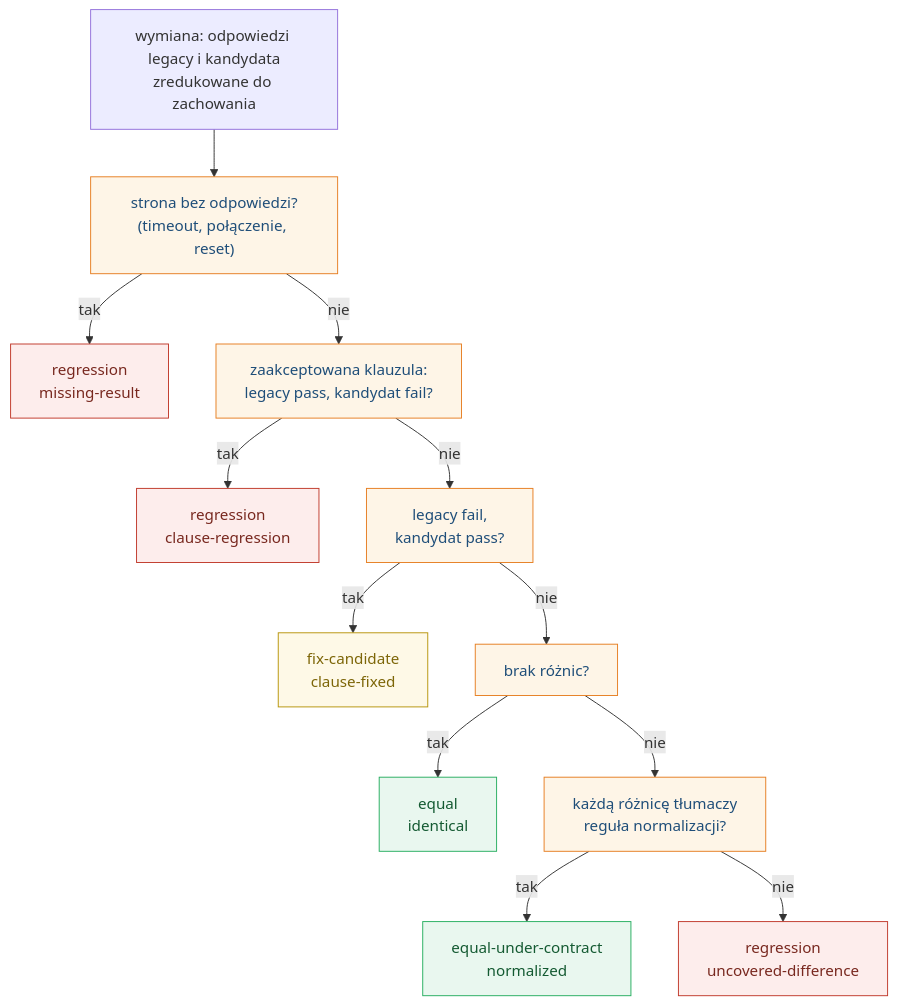
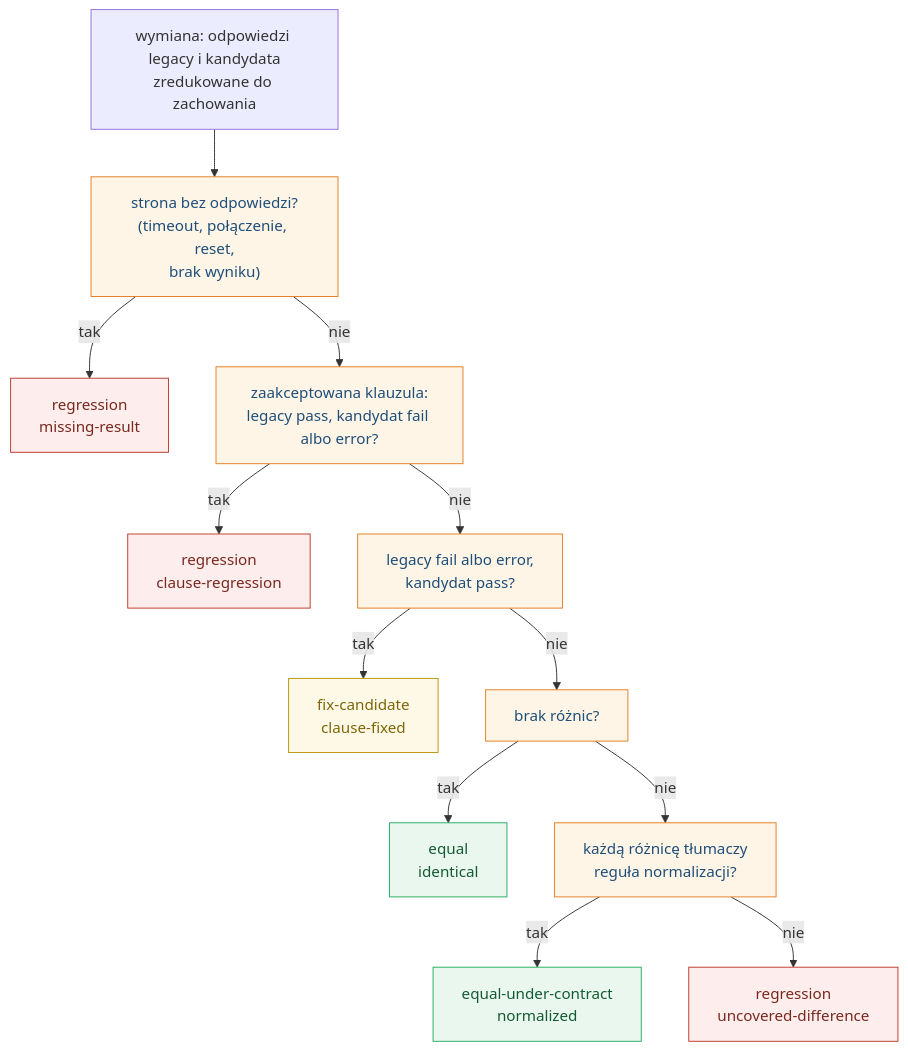
The diagram in docs/diagrams/a5-klasy-werdyktu.mmd (konradcinkusz/letsgolegacy.secondkey), drawn with Mermaid before and after one commit. The commit also changed 26 other files, not shown here.

```diff
--- a/docs/diagrams/a5-klasy-werdyktu.mmd
+++ b/docs/diagrams/a5-klasy-werdyktu.mmd
@@ -1,20 +1,20 @@
 flowchart TD
-  S["wymiana: odpowiedzi legacy i kandydata<br/>zredukowane do zachowania"] --> A["strona bez odpowiedzi?<br/>(timeout, połączenie, reset)"]
+  S["wymiana: odpowiedzi legacy i kandydata<br/>zredukowane do zachowania"] --> A["strona bez odpowiedzi?<br/>(timeout, połączenie, reset,<br/>brak wyniku)"]
   A -- tak --> R1["regression<br/>missing-result"]
-  A -- nie --> B["zaakceptowana klauzula:<br/>legacy pass, kandydat fail?"]
+  A -- nie --> B["zaakceptowana klauzula:<br/>legacy pass, kandydat fail albo error?"]
   B -- tak --> R2["regression<br/>clause-regression"]
-  B -- nie --> C["legacy fail,<br/>kandydat pass?"]
+  B -- nie --> C["legacy fail albo error,<br/>kandydat pass?"]
   C -- tak --> FC["fix-candidate<br/>clause-fixed"]
   C -- nie --> D["brak różnic?"]
   D -- tak --> E["equal<br/>identical"]
   D -- nie --> N["każdą różnicę tłumaczy<br/>reguła normalizacji?"]
   N -- tak --> EU["equal-under-contract<br/>normalized"]
   N -- nie --> R3["regression<br/>uncovered-difference"]
   classDef q fill:#FEF5E7,stroke:#E67E22,color:#1F4E79
   classDef bad fill:#FDEDEC,stroke:#C0392B,color:#78281F
   classDef good fill:#E9F7EF,stroke:#27AE60,color:#145A32
   classDef rev fill:#FEF9E7,stroke:#B7950B,color:#7D6608
   class A,B,C,D,N q
   class R1,R2,R3 bad
   class E,EU good
   class FC rev
```
